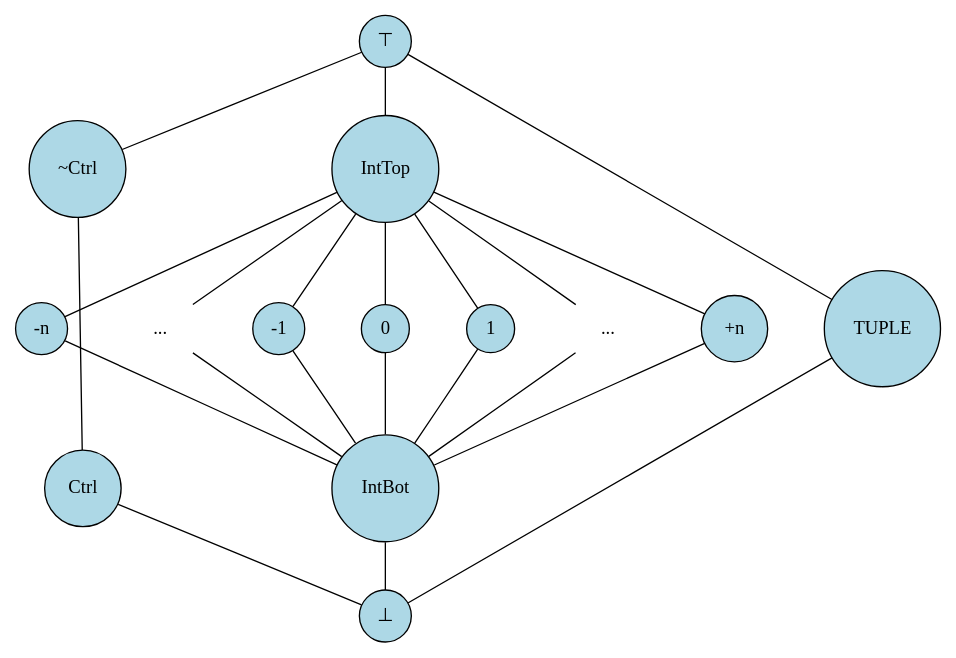
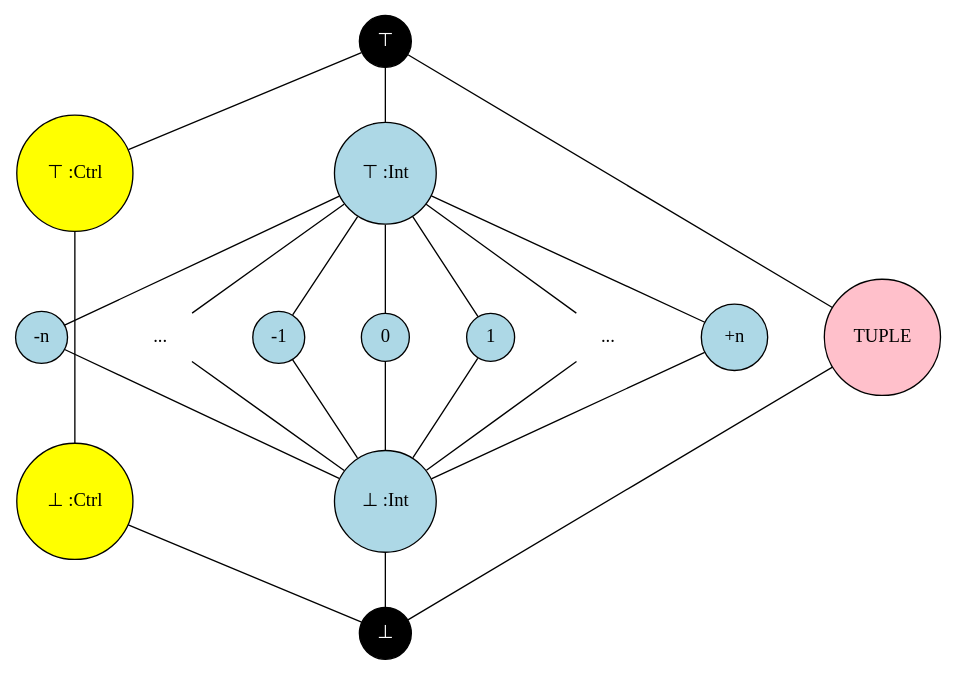
Before and after one commit to SeaOfNodes/Simple: the diagram in chapter06/docs/lattice.gv, drawn with Graphviz. The commit also changed 5 other files, not shown here.

Commit message:
Upgrades to the Type lattice diagrams

```diff
--- a/chapter06/docs/lattice.gv
+++ b/chapter06/docs/lattice.gv
@@ -1,64 +1,61 @@
 digraph Lattice {
     // Define nodes
     splines=false;
     node [shape=circle, style=filled, fillcolor=lightblue];
     nodesep=0.6;
 
-    TOP [label="⊤"];
-    BOT [label="⊥"];
+    TOP [label="⊤" , fillcolor=black, fontcolor=white];
+    BOT [label="⊥", fillcolor=black, fontcolor=white];
 
-    XCTRL [label="~Ctrl"];
-    CTRL [label="Ctrl"];
+    XCTRL [label="⊤ :Ctrl", fillcolor=yellow];
+    CTRL  [label="⊥ :Ctrl", fillcolor=yellow];
 
-    INT_TOP [label="IntTop"];
-    INT_BOT [label="IntBot"];
+    INT_TOP [label="⊤ :Int"];
+    INT_BOT [label="⊥ :Int"];
 
     INT_MIN [label="-n"];
+    INT_MINUS [label="-1"];
     INT_MINDOTS [label="..." shape=none style=none];
-    INT_MINUS [label="-1"];
     INT_ZERO [label="0"];
     INT_PLUS [label="1"];
     INT_MAXDOTS [label="..." shape=none style=none];
     INT_MAX [label="+n"];
 
-    TUPLE [label="TUPLE"];
+    TUPLE [label="TUPLE", fillcolor=pink];
 
     // Define edges
     edge [arrowhead=none];
 
     TOP         -> INT_TOP;
     INT_TOP     -> INT_MIN;
     INT_TOP     -> INT_MINDOTS;
     INT_TOP     -> INT_MINUS;
     INT_TOP     -> INT_ZERO;
     INT_TOP     -> INT_PLUS;
     INT_TOP     -> INT_MAXDOTS;
     INT_TOP     -> INT_MAX;
     INT_MIN     -> INT_BOT;
     INT_MINDOTS -> INT_BOT;
     INT_MINUS   -> INT_BOT;
     INT_ZERO    -> INT_BOT;
     INT_PLUS    -> INT_BOT;
     INT_MAXDOTS -> INT_BOT;
     INT_MAX     -> INT_BOT;
     INT_BOT     -> BOT;
 
     INT_MIN -> INT_MINDOTS -> INT_MINUS -> INT_ZERO -> INT_PLUS -> INT_MAXDOTS -> INT_MAX [style=invis];
 
-    TOP          -> TUPLE;
-    TUPLE        -> BOT;
+    TOP   -> TUPLE;
+    TUPLE -> BOT;
 
-    TOP -> XCTRL;
+    TOP   -> XCTRL;
     XCTRL -> CTRL;
-    CTRL -> BOT;
+    CTRL  -> BOT;
 
     // Additional customization
     {rank=same; TOP}
     {rank=same; INT_TOP; XCTRL}
-    {rank=same; INT_MIN; INT_MINDOTS;
-                INT_MINUS; INT_ZERO;
-                INT_PLUS; INT_MAXDOTS;
-                INT_MAX; TUPLE}
+    {rank=same; INT_MIN; INT_MINDOTS; INT_MINUS; INT_ZERO; INT_PLUS; INT_MAXDOTS; INT_MAX; TUPLE }
     {rank=same; INT_BOT; CTRL}
     {rank=same; BOT;}
 }
```
